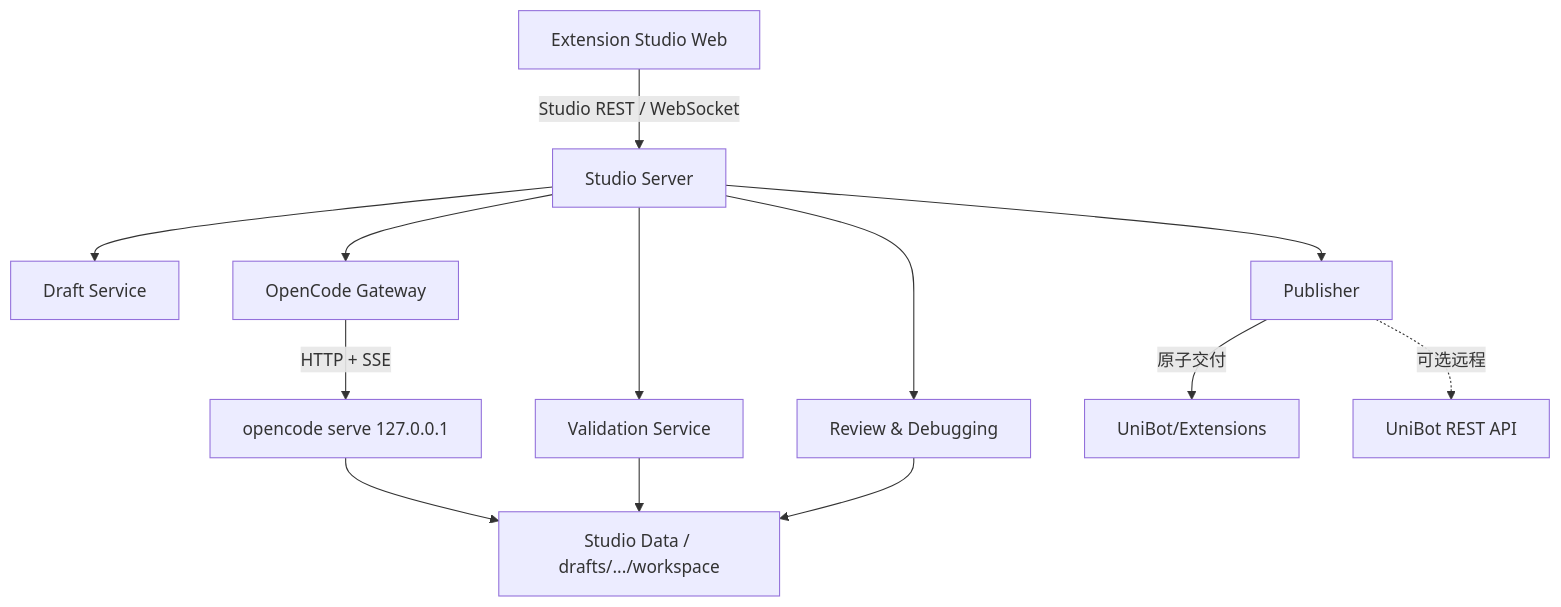
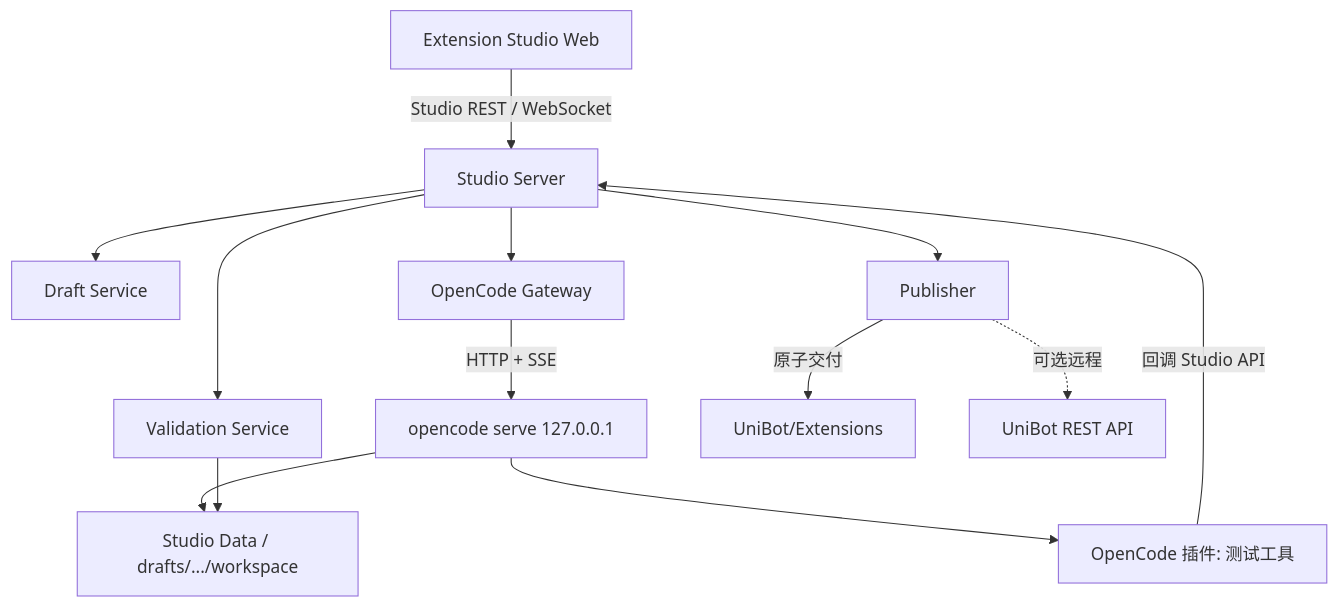
One commit to Minecraft-UniBot/AiStudio changed the second of 2 diagrams in AGENT.md. Above: the diagram before and after it, drawn with Mermaid. The commit also changed other lines of this file and 45 other files, not shown here.

````diff
--- a/AGENT.md
+++ b/AGENT.md
@@ -215,15 +215,15 @@
 ```mermaid
 flowchart TB
     WEB[Extension Studio Web] -->|Studio REST / WebSocket| API[Studio Server]
     API --> DS[Draft Service]
     API --> OC[OpenCode Gateway]
     API --> VS[Validation Service]
-    API --> RV[Review & Debugging]
     API --> PB[Publisher]
     OC -->|HTTP + SSE| SERVER[opencode serve 127.0.0.1]
     SERVER --> WD[Studio Data / drafts/.../workspace]
+    SERVER --> PLUGIN[OpenCode 插件: 测试工具]
+    PLUGIN -->|回调 Studio API| API
     VS --> WD
-    RV --> WD
     PB -->|原子交付| EXT[UniBot/Extensions]
     PB -.->|可选远程| UAPI[UniBot REST API]
 ```
````
